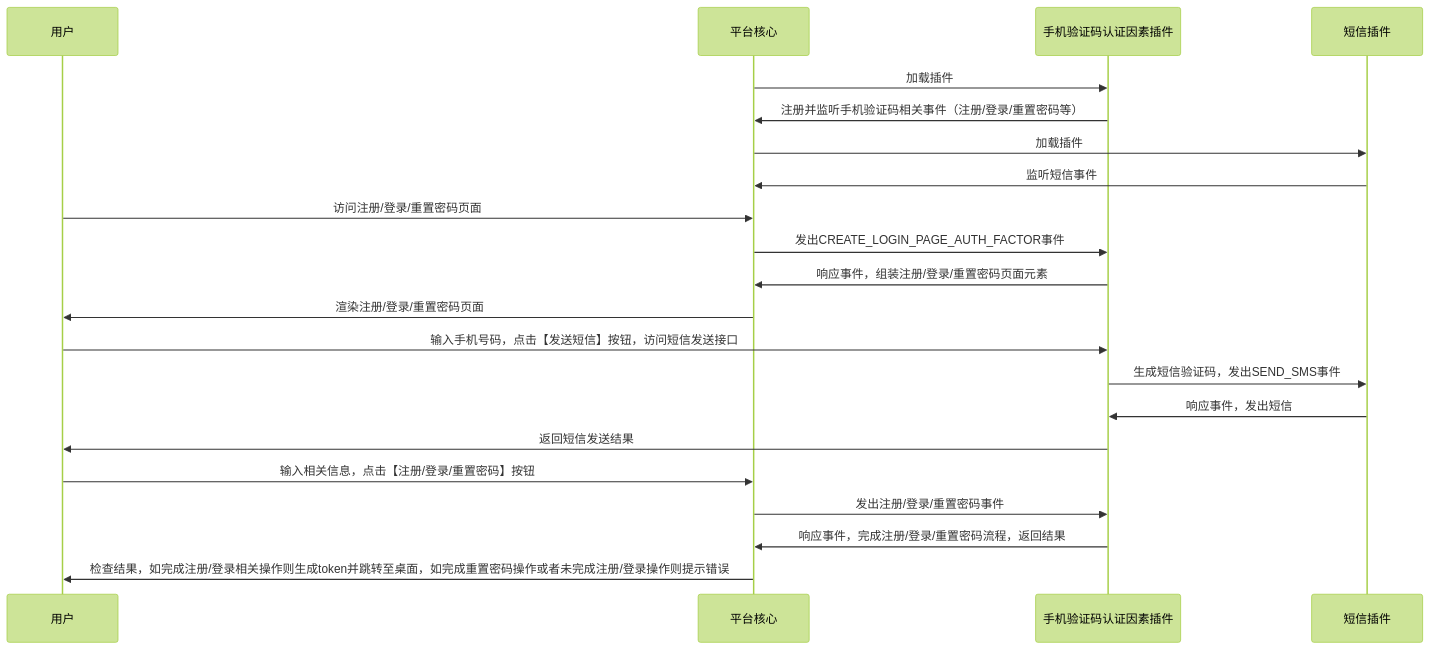
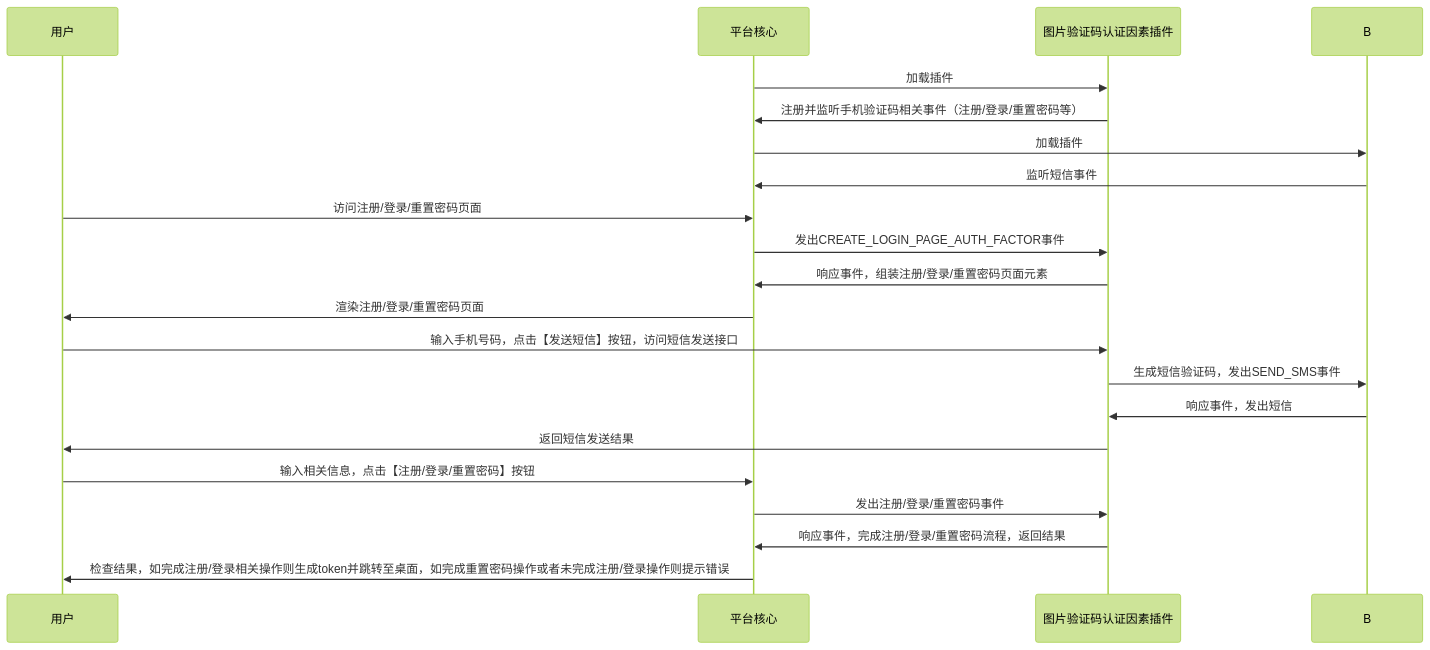
Before and after one commit to longguikeji/arkid: the diagram in extension_root/com_longgui_auth_factor_authcode/index.md, drawn with Mermaid (forest theme). The commit also changed other lines of this file and 1 other file, not shown here.

Commit message:
feat: 🎸 图片验证码认证因素文档

````diff
--- a/extension_root/com_longgui_auth_factor_authcode/index.md
+++ b/extension_root/com_longgui_auth_factor_authcode/index.md
@@ -22,25 +17,24 @@
 ```mermaid
 sequenceDiagram
     participant D as 用户
     participant C as 平台核心
-    participant A as 手机验证码认证因素插件
-    participant B as 短信插件
+    participant A as 图片验证码认证因素插件
     
     C->>A: 加载插件
     A->>C: 注册并监听手机验证码相关事件（注册/登录/重置密码等）
     C->>B: 加载插件
     B->>C: 监听短信事件
     D->>C: 访问注册/登录/重置密码页面
     C->>A: 发出CREATE_LOGIN_PAGE_AUTH_FACTOR事件
     A->>C: 响应事件，组装注册/登录/重置密码页面元素
     C->>D: 渲染注册/登录/重置密码页面
     D->>A: 输入手机号码，点击【发送短信】按钮，访问短信发送接口
     A->>B: 生成短信验证码，发出SEND_SMS事件
     B->>A: 响应事件，发出短信
     A->>D: 返回短信发送结果
     D->>C: 输入相关信息，点击【注册/登录/重置密码】按钮
     C->>A: 发出注册/登录/重置密码事件
     A->>C: 响应事件，完成注册/登录/重置密码流程，返回结果
     C->>D: 检查结果，如完成注册/登录相关操作则生成token并跳转至桌面，如完成重置密码操作或者未完成注册/登录操作则提示错误
 
 ```
````
